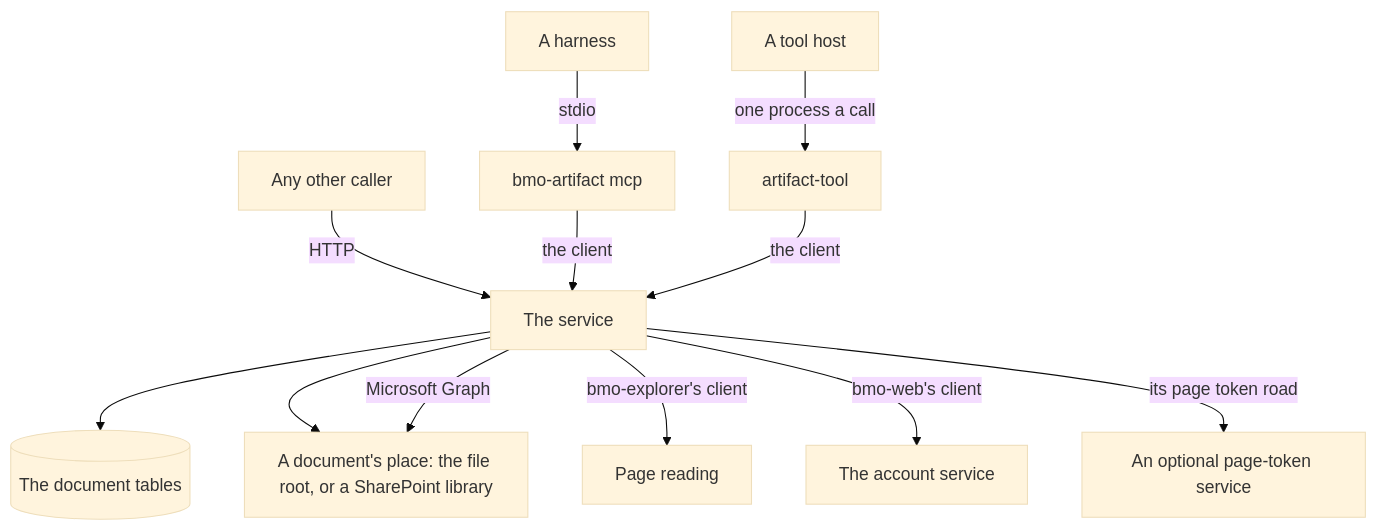
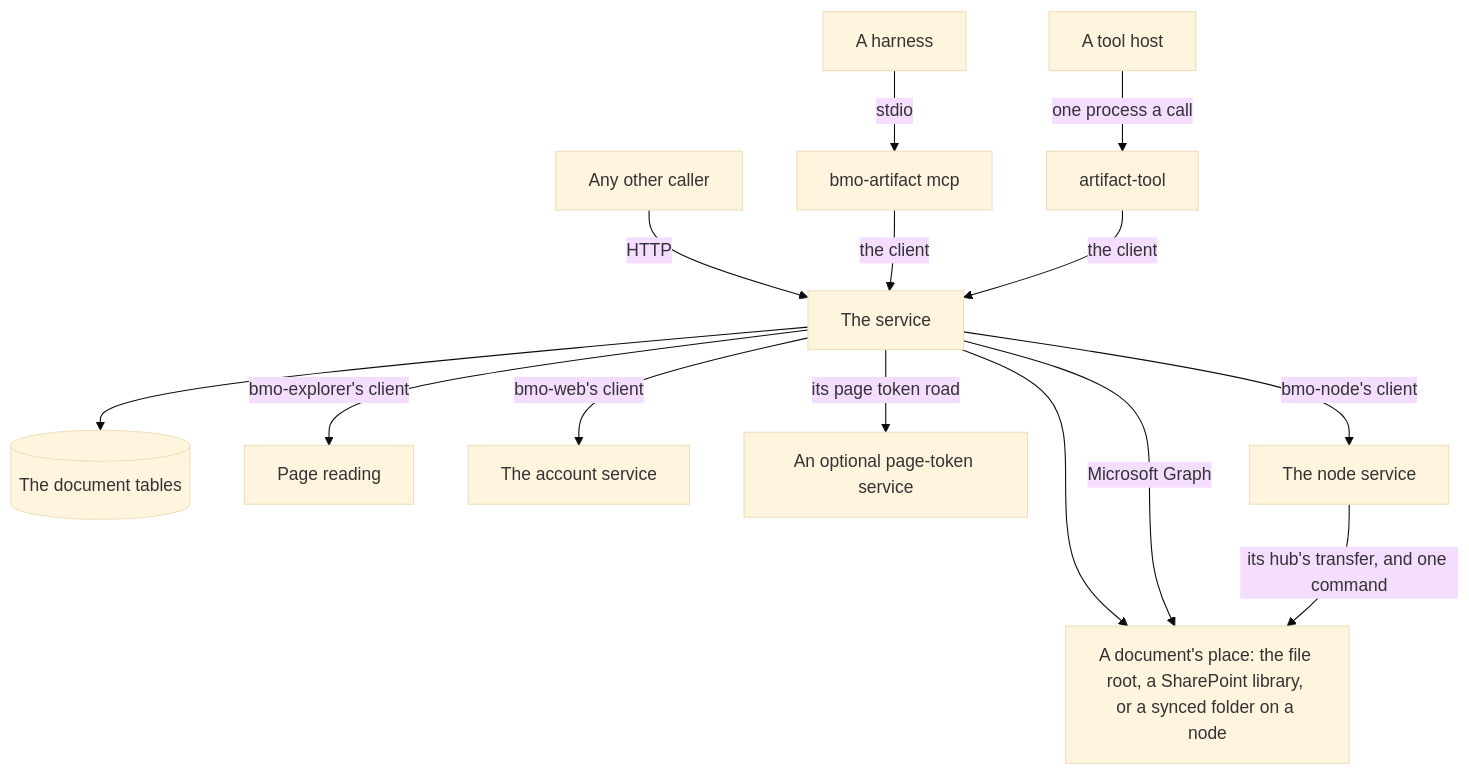
Before and after one commit to ahas/bmo-artifact: the first of 2 diagrams in docs/api.md, drawn with Mermaid (base theme). The commit also changed other lines of this file and 14 other files, not shown here.

First line of the commit message:
feat: add the synced place keeping documents in a folder on a person's node

````diff
--- a/docs/api.md
+++ b/docs/api.md
@@ -11,14 +11,16 @@
 ```mermaid
 flowchart TD
   H[A harness] -->|stdio| M[bmo-artifact mcp]
   C[Any other caller] -->|HTTP| S[The service]
   M -->|the client| S
   P[A tool host] -->|one process a call| A[artifact-tool]
   A -->|the client| S
   S --> D[(The document tables)]
-  S --> F[A document's place: the file root, or a SharePoint library]
+  S --> F[A document's place: the file root, a SharePoint library, or a synced folder on a node]
   S -->|bmo-explorer's client| E[Page reading]
   S -->|bmo-web's client| W[The account service]
   S -->|its page token road| T[An optional page-token service]
   S -->|Microsoft Graph| F
+  S -->|bmo-node's client| N[The node service]
+  N -->|its hub's transfer, and one command| F
 ```
````
